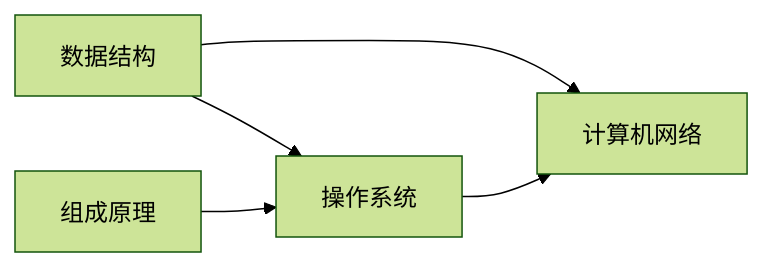
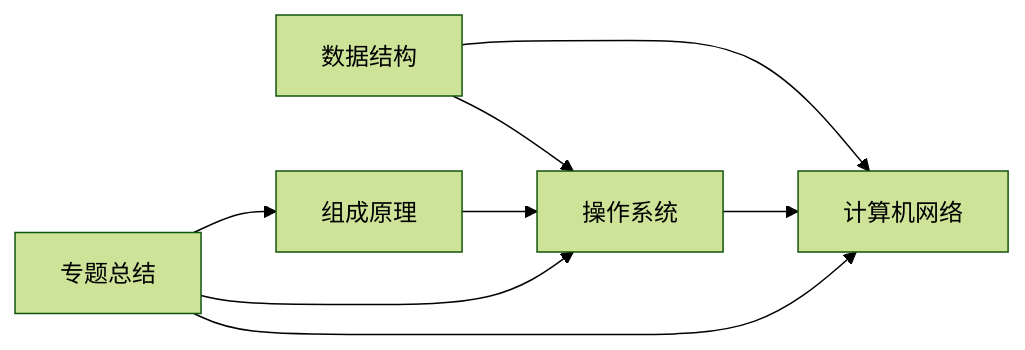
One commit to CQstory/study-notes changed the fourth of 4 diagrams in .qoder/repowiki/zh/content/408专业课学习指南/408专业课学习指南.md. Above: the diagram before and after it, drawn with Mermaid (forest theme). The commit also changed other lines of this file and 52 other files, not shown here.

````diff
--- a/.qoder/repowiki/zh/content/408专业课学习指南/408专业课学习指南.md
+++ b/.qoder/repowiki/zh/content/408专业课学习指南/408专业课学习指南.md
@@ -311,7 +155,10 @@
 ```mermaid
 graph LR
 DS["数据结构"] --> OS["操作系统"]
 DS --> NET["计算机网络"]
 HW["组成原理"] --> OS
 OS --> NET
+SPEC["专题总结"] --> OS
+SPEC --> HW
+SPEC --> NET
 ```
````
